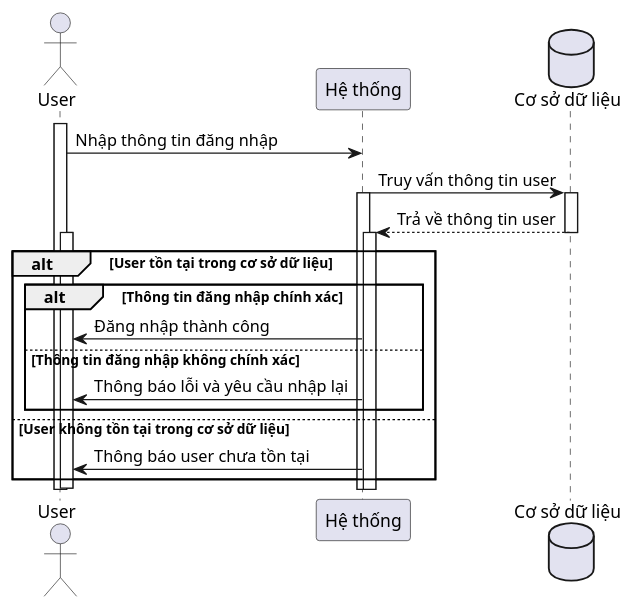
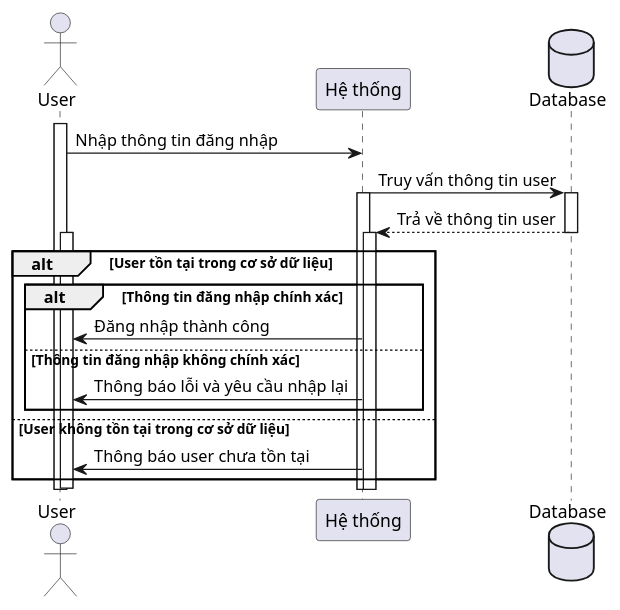
One commit to phamsyhung2110/project-hust changed the diagram in uml/seq_login.puml. Above: the diagram before and after it, drawn with PlantUML. The commit also changed 8 other files, not shown here.

Commit message:
edit uml

```diff
--- a/uml/seq_login.puml
+++ b/uml/seq_login.puml
@@ -1,28 +1,28 @@
 @startuml
 
 actor User
 participant "Hệ thống" as System
-database "Cơ sở dữ liệu" as Database
+database "Database" as Database
 
 activate User
 User -> System: Nhập thông tin đăng nhập
 System -> Database: Truy vấn thông tin user
 activate Database
 activate System
 Database --> System: Trả về thông tin user
 deactivate Database
 
 alt User tồn tại trong cơ sở dữ liệu
     activate User
     alt Thông tin đăng nhập chính xác
     activate System
         System -> User: Đăng nhập thành công
     else Thông tin đăng nhập không chính xác
         System -> User: Thông báo lỗi và yêu cầu nhập lại
     end
 else User không tồn tại trong cơ sở dữ liệu
     System -> User: Thông báo user chưa tồn tại
 end
 deactivate User
 
 @enduml
```
